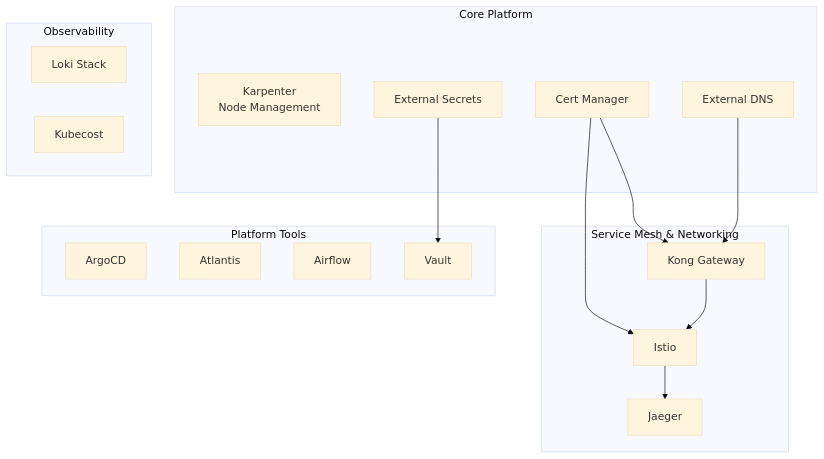
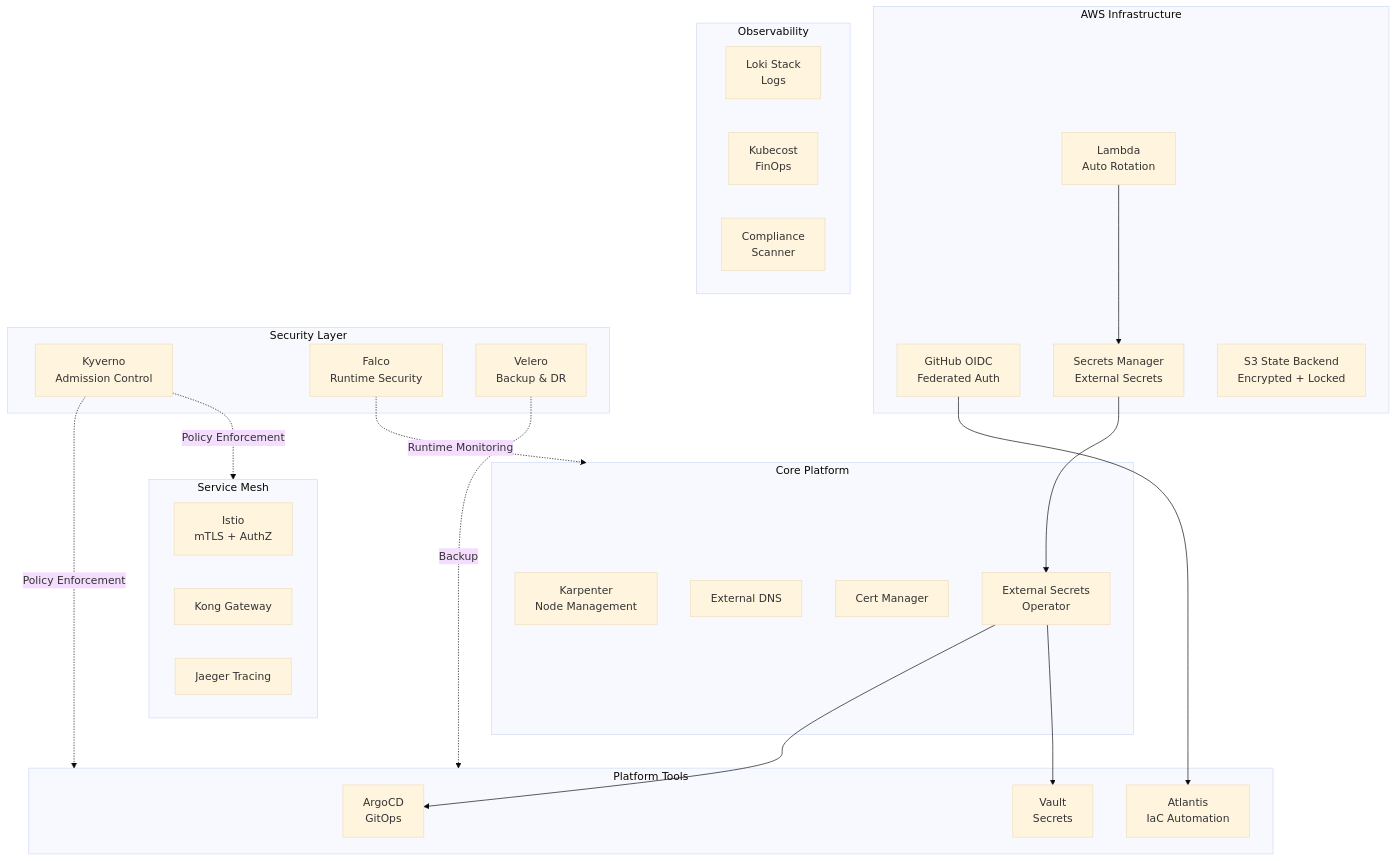
One commit to cloudon-one/kubelaunch-essentials changed the second of 2 diagrams in README.md. Above: the diagram before and after it, drawn with Mermaid (base theme). The commit also changed other lines of this file and 24 other files, not shown here.

First line of the commit message:
Add AWS infrastructure modules and CI workflow (#1)

````diff
--- a/README.md
+++ b/README.md
@@ -45,34 +53,50 @@
 ```mermaid
 graph TB
+    subgraph AWS["AWS Infrastructure"]
+        OIDC["GitHub OIDC<br/>Federated Auth"]
+        Secrets["Secrets Manager<br/>External Secrets"]
+        S3["S3 State Backend<br/>Encrypted + Locked"]
+        Lambda["Lambda<br/>Auto Rotation"]
+    end
+
     subgraph Core["Core Platform"]
         Karpenter["Karpenter<br/>Node Management"]
         ExternalDNS["External DNS"]
         CertManager["Cert Manager"]
-        ExtSecrets["External Secrets"]
+        ExtSecrets["External Secrets<br/>Operator"]
     end
 
-    subgraph Network["Service Mesh & Networking"]
-        Istio["Istio"]
+    subgraph Security["Security Layer"]
+        Kyverno["Kyverno<br/>Admission Control"]
+        Falco["Falco<br/>Runtime Security"]
+        Velero["Velero<br/>Backup & DR"]
+    end
+
+    subgraph Network["Service Mesh"]
+        Istio["Istio<br/>mTLS + AuthZ"]
         Kong["Kong Gateway"]
-        Jaeger["Jaeger"]
+        Jaeger["Jaeger Tracing"]
     end
 
     subgraph Obs["Observability"]
-        Loki["Loki Stack"]
-        Kubecost["Kubecost"]
+        Loki["Loki Stack<br/>Logs"]
+        Kubecost["Kubecost<br/>FinOps"]
+        ComplianceScan["Compliance<br/>Scanner"]
     end
 
     subgraph Tools["Platform Tools"]
-        ArgoCD["ArgoCD"]
-        Atlantis["Atlantis"]
-        Airflow["Airflow"]
-        Vault["Vault"]
+        ArgoCD["ArgoCD<br/>GitOps"]
+        Atlantis["Atlantis<br/>IaC Automation"]
+        Vault["Vault<br/>Secrets"]
     end
 
-    CertManager --> Kong
-    CertManager --> Istio
-    ExternalDNS --> Kong
+    OIDC --> Atlantis
+    Secrets --> ExtSecrets
+    ExtSecrets --> ArgoCD
     ExtSecrets --> Vault
-    Istio --> Jaeger
-    Kong --> Istio
+    Lambda --> Secrets
+    Kyverno -.->|Policy Enforcement| Tools
+    Kyverno -.->|Policy Enforcement| Network
+    Falco -.->|Runtime Monitoring| Core
+    Velero -.->|Backup| Tools
 ```
````
